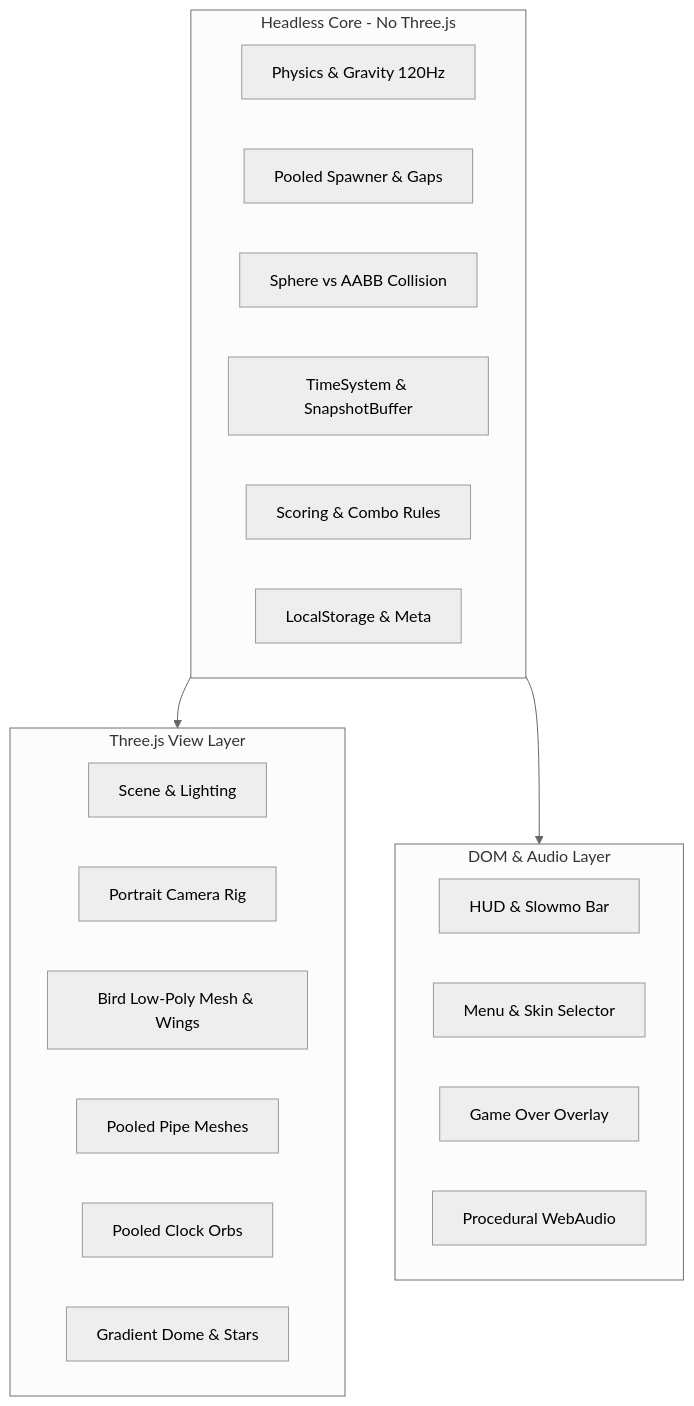
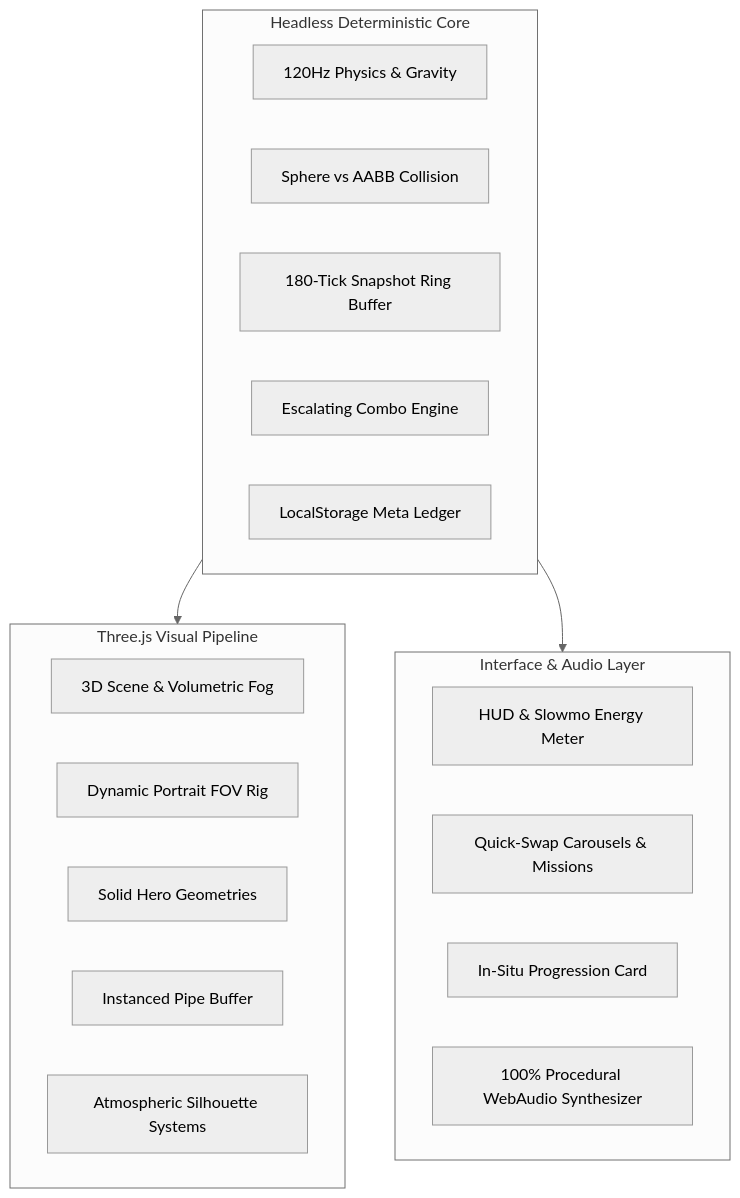
One commit to seintun/flopy.space changed the diagram in README.md. Above: the diagram before and after it, drawn with Mermaid (neutral theme). The commit also changed other lines of this file and 4 other files, not shown here.

````diff
--- a/README.md
+++ b/README.md
@@ -31,30 +49,28 @@
 ```mermaid
 flowchart TD
-    subgraph Core [Headless Core - No Three.js]
-        Physics[Physics & Gravity 120Hz]
-        Spawner[Pooled Spawner & Gaps]
+    subgraph Core [Headless Deterministic Core]
+        Physics[120Hz Physics & Gravity]
         Collision[Sphere vs AABB Collision]
-        TimeSys[TimeSystem & SnapshotBuffer]
-        Scoring[Scoring & Combo Rules]
-        Storage[LocalStorage & Meta]
+        Snapshots[180-Tick Snapshot Ring Buffer]
+        Scoring[Escalating Combo Engine]
+        Storage[LocalStorage Meta Ledger]
     end
 
-    subgraph Render [Three.js View Layer]
-        SceneCtx[Scene & Lighting]
-        CameraRig[Portrait Camera Rig]
-        BirdView[Bird Low-Poly Mesh & Wings]
-        PipesView[Pooled Pipe Meshes]
-        PickupsView[Pooled Clock Orbs]
-        SkyDome[Gradient Dome & Stars]
+    subgraph Render [Three.js Visual Pipeline]
+        SceneCtx[3D Scene & Volumetric Fog]
+        CameraRig[Dynamic Portrait FOV Rig]
+        CharacterView[Solid Hero Geometries]
+        PipesView[Instanced Pipe Buffer]
+        BiomeVfx[Atmospheric Silhouette Systems]
     end
 
-    subgraph UI [DOM & Audio Layer]
-        HUD[HUD & Slowmo Bar]
-        Menu[Menu & Skin Selector]
-        GameOver[Game Over Overlay]
-        Audio[Procedural WebAudio]
+    subgraph UI [Interface & Audio Layer]
+        HUD[HUD & Slowmo Energy Meter]
+        Drawer[Quick-Swap Carousels & Missions]
+        GameOver[In-Situ Progression Card]
+        Audio[100% Procedural WebAudio Synthesizer]
     end
 
     Core --> Render
     Core --> UI
 ```
````
